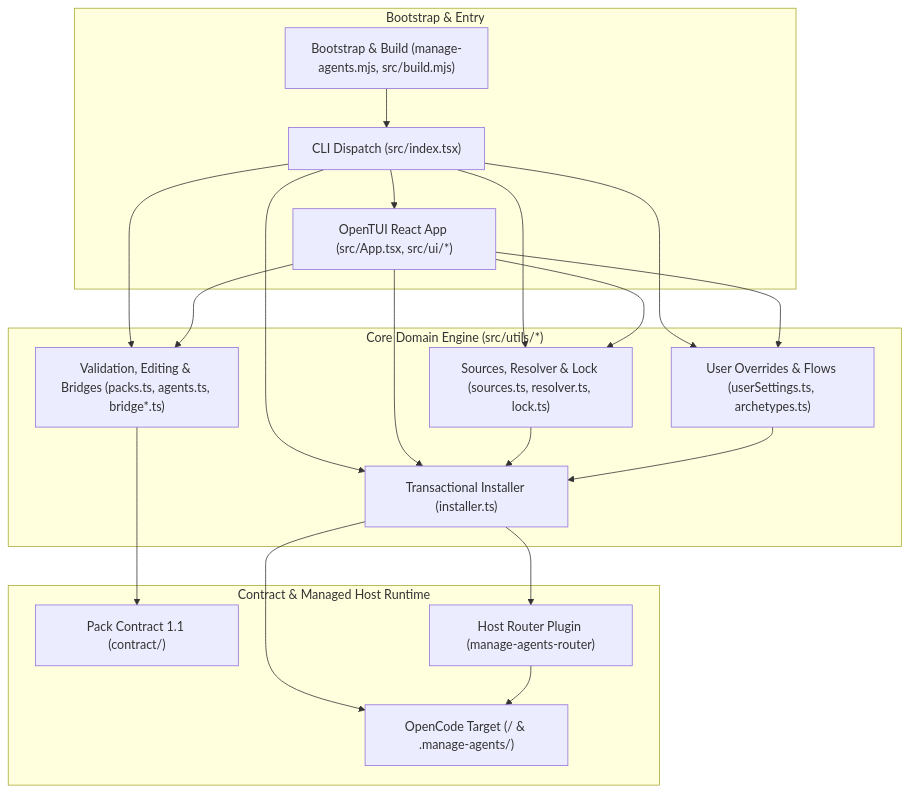
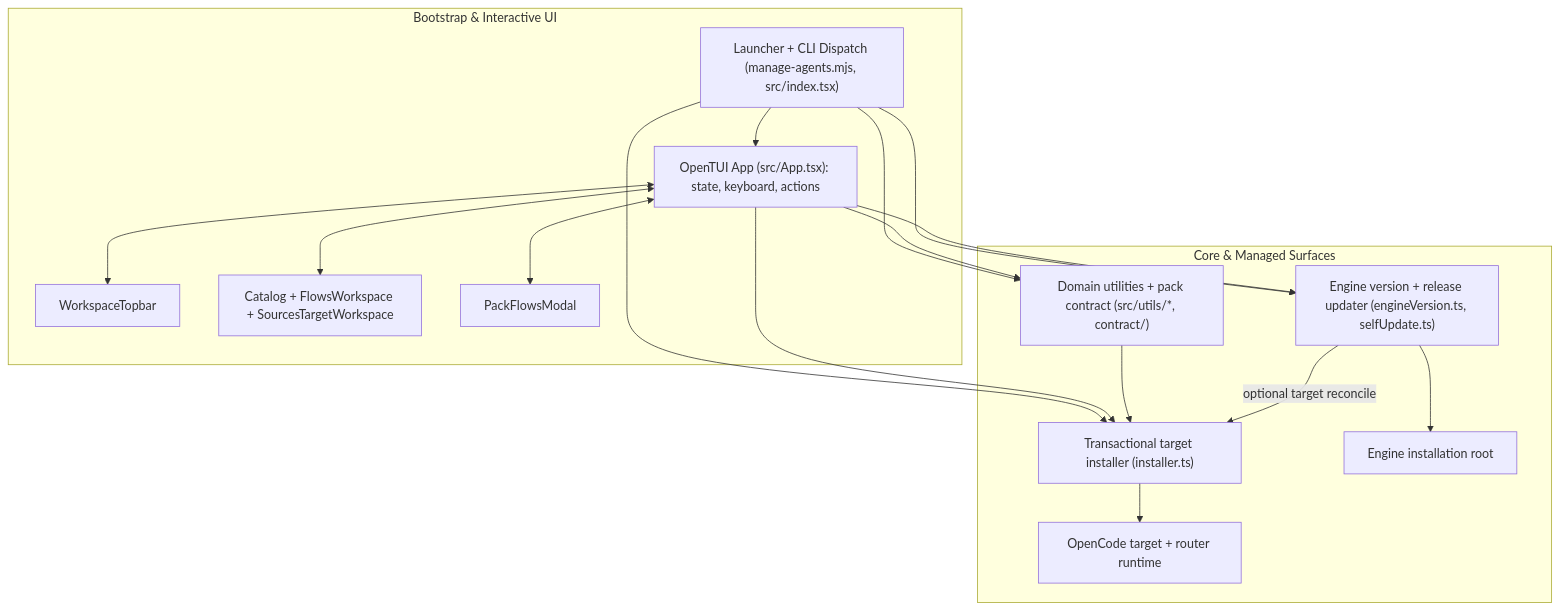
The first of 2 diagrams in wiki/architecture.md (lorecanc/manage-agents), drawn with Mermaid before and after one commit. The commit also changed other lines of this file and 27 other files, not shown here.

````diff
--- a/wiki/architecture.md
+++ b/wiki/architecture.md
@@ -25,38 +31,33 @@
 ```mermaid
 graph TD
-    subgraph "Bootstrap & Entry"
-        Launcher["Bootstrap & Build (manage-agents.mjs, src/build.mjs)"]
-        Entry["CLI Dispatch (src/index.tsx)"]
-        TUI["OpenTUI React App (src/App.tsx, src/ui/*)"]
+    subgraph "Bootstrap & Interactive UI"
+        Launcher["Launcher + CLI Dispatch (manage-agents.mjs, src/index.tsx)"]
+        App["OpenTUI App (src/App.tsx): state, keyboard, actions"]
+        Topbar["WorkspaceTopbar"]
+        Workspaces["Catalog + FlowsWorkspace + SourcesTargetWorkspace"]
+        FlowModal["PackFlowsModal"]
     end
 
-    subgraph "Core Domain Engine (src/utils/*)"
-        Agents["Validation, Editing & Bridges (packs.ts, agents.ts, bridge*.ts)"]
-        Sources["Sources, Resolver & Lock (sources.ts, resolver.ts, lock.ts)"]
-        Settings["User Overrides & Flows (userSettings.ts, archetypes.ts)"]
-        Installer["Transactional Installer (installer.ts)"]
+    subgraph "Core & Managed Surfaces"
+        Core["Domain utilities + pack contract (src/utils/*, contract/)"]
+        Installer["Transactional target installer (installer.ts)"]
+        Update["Engine version + release updater (engineVersion.ts, selfUpdate.ts)"]
+        EngineRoot["Engine installation root"]
+        Target["OpenCode target + router runtime"]
     end
 
-    subgraph "Contract & Managed Host Runtime"
-        Contract["Pack Contract 1.1 (contract/)"]
-        Target["OpenCode Target (<target>/ & .manage-agents/)"]
-        Router["Host Router Plugin (manage-agents-router)"]
-    end
-
-    Launcher --> Entry
-    Entry --> TUI
-    Entry --> Agents
-    Entry --> Sources
-    Entry --> Settings
-    Entry --> Installer
-    TUI --> Agents
-    TUI --> Sources
-    TUI --> Settings
-    TUI --> Installer
-    Agents --> Contract
-    Sources --> Installer
-    Settings --> Installer
+    Launcher --> App
+    Launcher --> Core
+    Launcher --> Installer
+    Launcher --> Update
+    App <--> Topbar
+    App <--> Workspaces
+    App <--> FlowModal
+    App --> Core
+    App --> Installer
+    App --> Update
+    Core --> Installer
     Installer --> Target
-    Installer --> Router
-    Router --> Target
+    Update --> EngineRoot
+    Update -->|optional target reconcile| Installer
 ```
````
